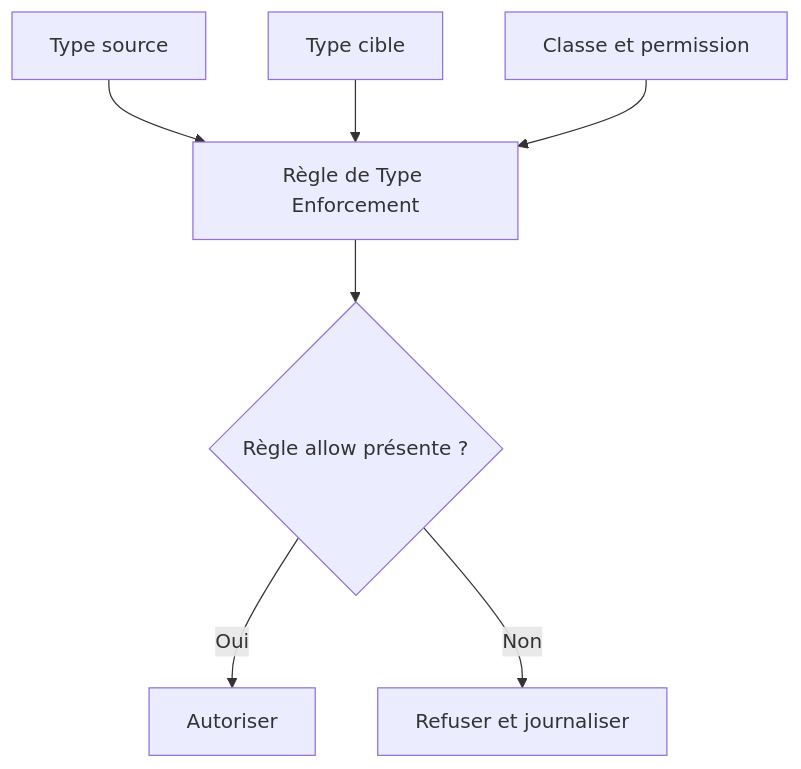
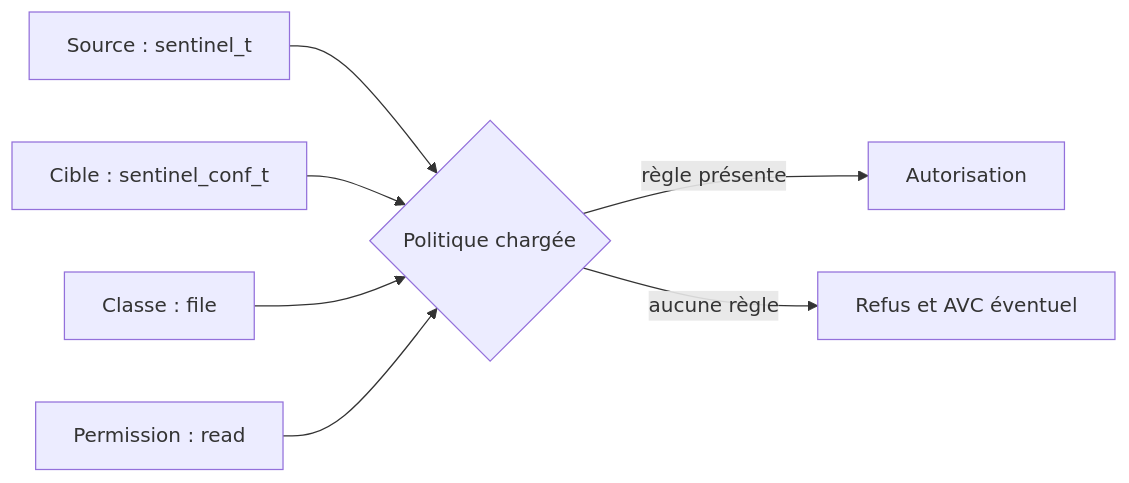
One commit to tdelaclos/formations changed the first of 3 diagrams in sentinel/docs/campagne_06/6.3-politiques-selinux.md. Above: the diagram before and after it, drawn with Mermaid. The commit also changed other lines of this file and 5 other files, not shown here.

````diff
--- a/sentinel/docs/campagne_06/6.3-politiques-selinux.md
+++ b/sentinel/docs/campagne_06/6.3-politiques-selinux.md
@@ -336,9 +47,9 @@
 ```mermaid
-flowchart TD
-    Source["Type source"] --> Rule["Règle de Type Enforcement"]
-    Target["Type cible"] --> Rule
-    Class["Classe et permission"] --> Rule
-    Rule --> Decision{"Règle allow présente ?"}
-    Decision -->|Oui| Permit["Autoriser"]
-    Decision -->|Non| Deny["Refuser et journaliser"]
+flowchart LR
+    Source["Source : sentinel_t"] --> Decision{"Politique chargée"}
+    Target["Cible : sentinel_conf_t"] --> Decision
+    Class["Classe : file"] --> Decision
+    Permission["Permission : read"] --> Decision
+    Decision -->|règle présente| Allow["Autorisation"]
+    Decision -->|aucune règle| Deny["Refus et AVC éventuel"]
 ```
````
